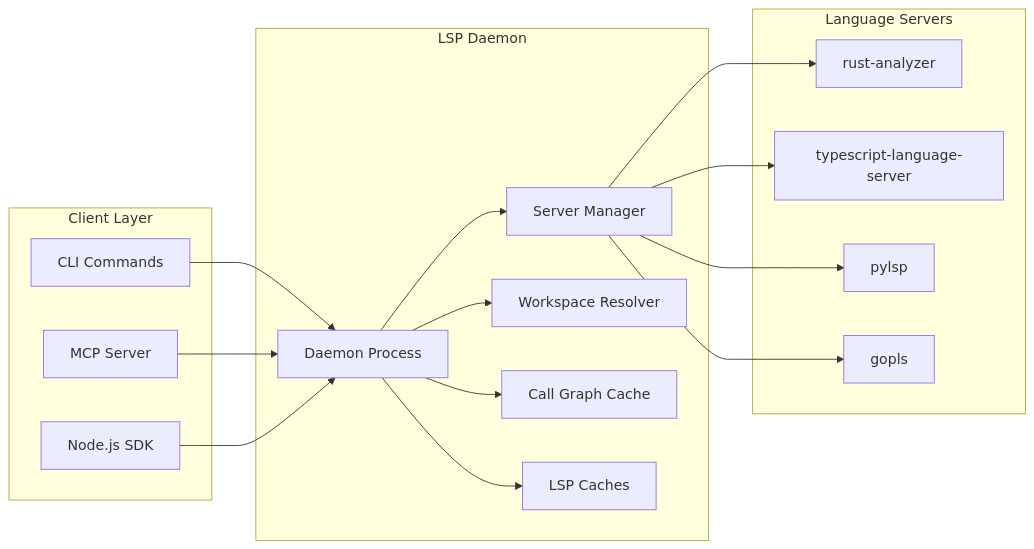
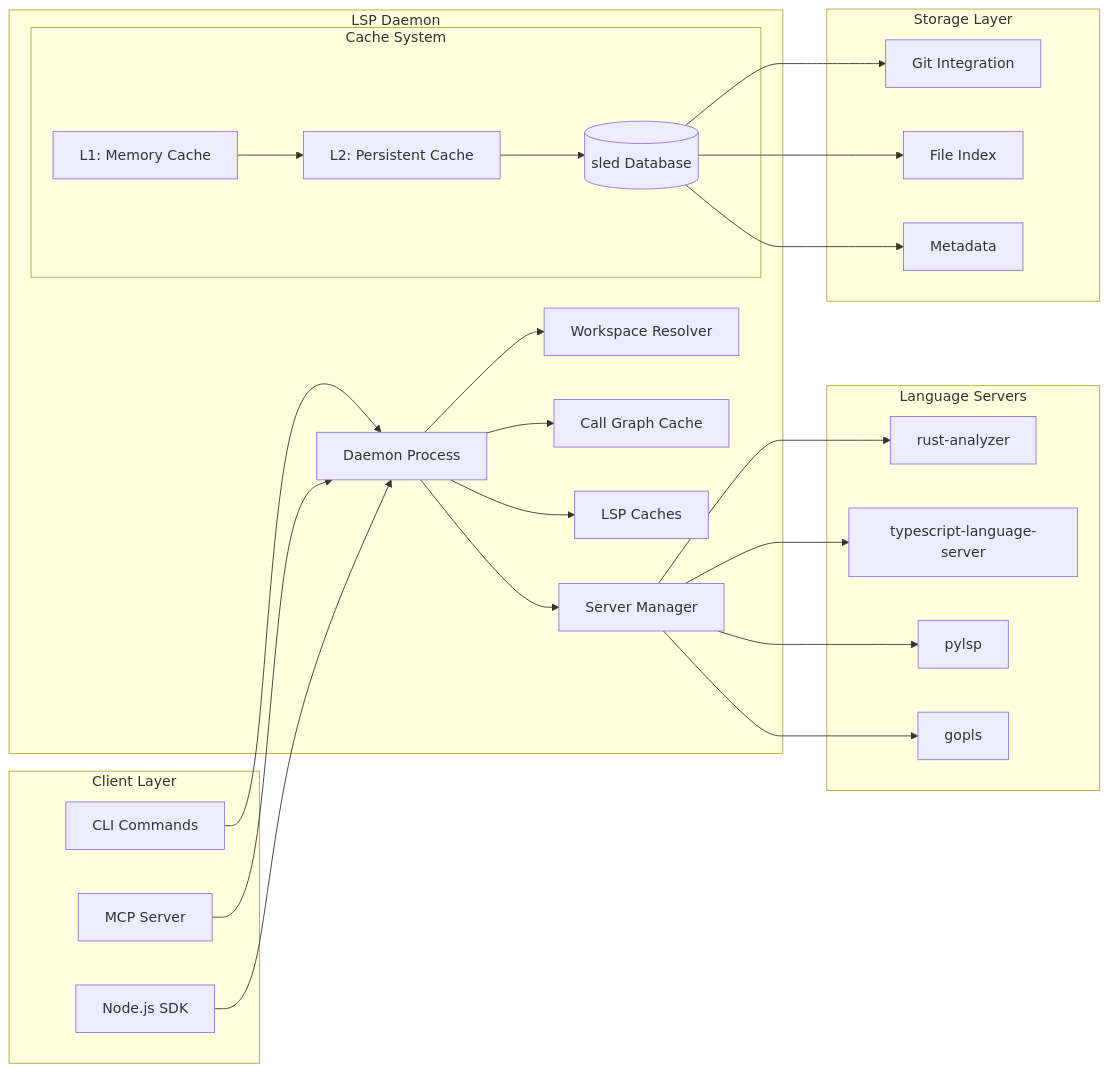
One commit to probelabs/probe changed the second of 2 diagrams in docs/indexing-overview.md. Above: the diagram before and after it, drawn with Mermaid. The commit also changed other lines of this file and 29 other files, not shown here.

First line of the commit message:
feat(lsp): implement persistent cache with three-layer architecture

````diff
--- a/docs/indexing-overview.md
+++ b/docs/indexing-overview.md
@@ -127,37 +144,55 @@
 ```mermaid
 graph LR
     subgraph "Client Layer"
         CLI[CLI Commands]
         MCP[MCP Server]
         SDK[Node.js SDK]
     end
     
     subgraph "LSP Daemon"
         D[Daemon Process]
         SM[Server Manager]
         WR[Workspace Resolver]
+        subgraph "Cache System"
+            MC[L1: Memory Cache]
+            PC[L2: Persistent Cache]
+            DB[(sled Database)]
+        end
         CG[Call Graph Cache]
         LC[LSP Caches]
     end
     
     subgraph "Language Servers"
         RA[rust-analyzer]
         TS[typescript-language-server]
         PY[pylsp]
         GO[gopls]
     end
     
+    subgraph "Storage Layer"
+        GI[Git Integration]
+        FI[File Index]
+        MD[Metadata]
+    end
+    
     CLI --> D
     MCP --> D
     SDK --> D
     
     D --> SM
     D --> WR
     D --> CG
     D --> LC
     
+    MC --> PC
+    PC --> DB
+    
+    DB --> FI
+    DB --> GI
+    DB --> MD
+    
     SM --> RA
     SM --> TS
     SM --> PY
     SM --> GO
 ```
````
